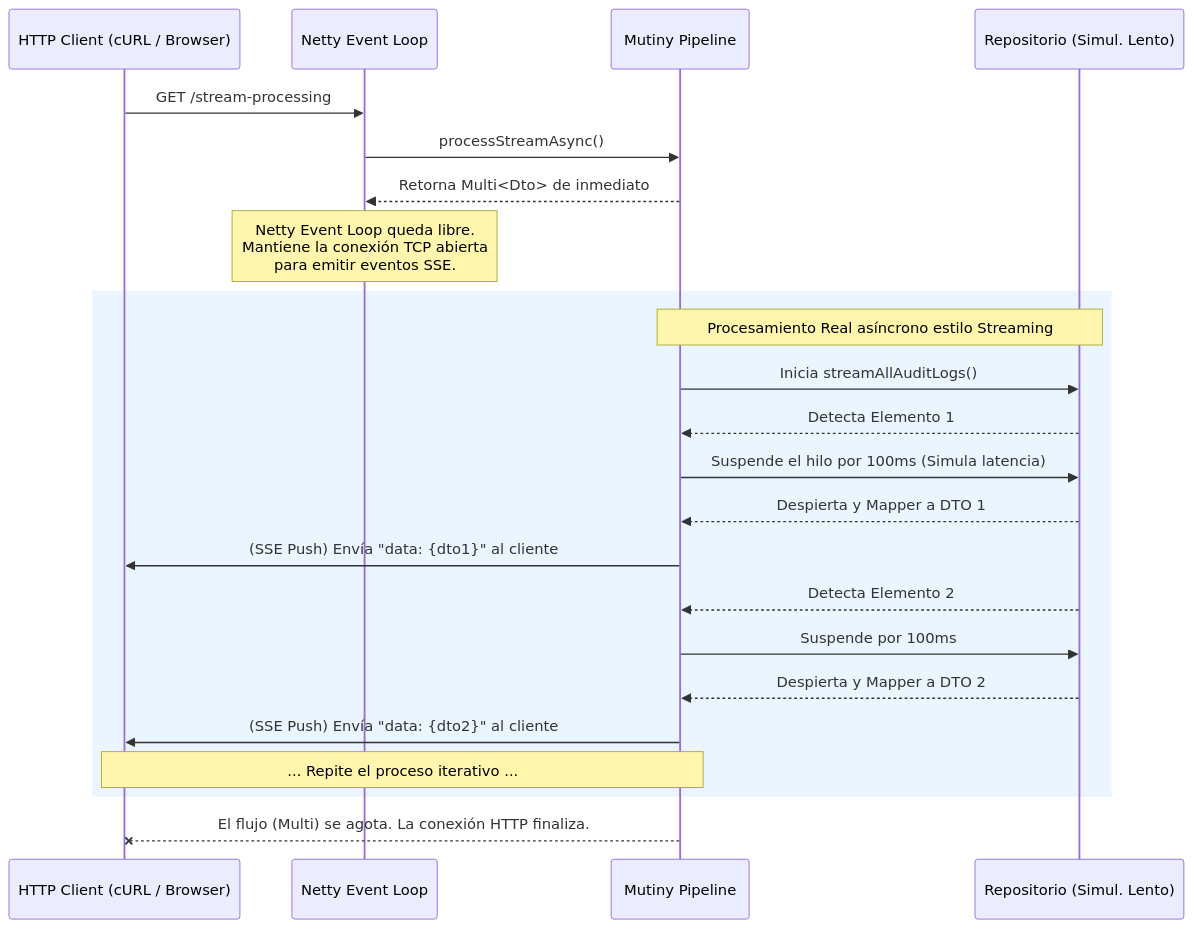
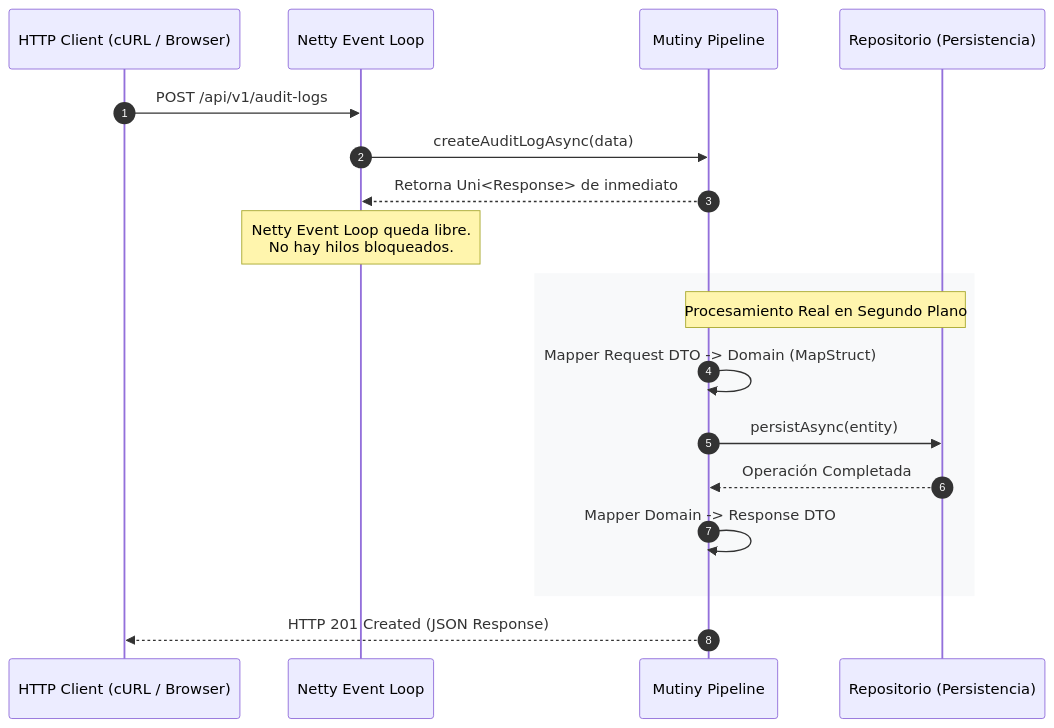
The diagram in docs/backend-java-quarkus/03-auditoria/microservicio-auditoria.md (teamdroid-trainer/docs-docusaurus-trainer), drawn with Mermaid before and after one commit. The commit also changed other lines of this file and 35 other files, not shown here.

````diff
--- a/docs/backend-java-quarkus/03-auditoria/microservicio-auditoria.md
+++ b/docs/backend-java-quarkus/03-auditoria/microservicio-auditoria.md
@@ -168,30 +18,23 @@
 ```mermaid
 sequenceDiagram
+    autonumber
     participant C as HTTP Client (cURL / Browser)
     participant EL as Netty Event Loop
     participant M as Mutiny Pipeline
-    participant DB as Repositorio (Simul. Lento)
+    participant DB as Repositorio (Persistencia)
 
-    C->>EL: GET /stream-processing
-    EL->>M: processStreamAsync()
-    M-->>EL: Retorna Multi<Dto> de inmediato
-    Note over EL: Netty Event Loop queda libre.<br/>Mantiene la conexión TCP abierta<br/>para emitir eventos SSE.
+    C->>EL: POST /api/v1/audit-logs
+    EL->>M: createAuditLogAsync(data)
+    M-->>EL: Retorna Uni<Response> de inmediato
+    Note over EL: Netty Event Loop queda libre.<br/>No hay hilos bloqueados.
 
-    rect rgb(235, 245, 255)
-        Note over M, DB: Procesamiento Real asíncrono estilo Streaming
-        M->>DB: Inicia streamAllAuditLogs()
-        DB-->>M: Detecta Elemento 1
-        M->>DB: Suspende el hilo por 100ms (Simula latencia)
-        DB-->>M: Despierta y Mapper a DTO 1
-        M->>C: (SSE Push) Envía "data: {dto1}" al cliente
-
-        DB-->>M: Detecta Elemento 2
-        M->>DB: Suspende por 100ms
-        DB-->>M: Despierta y Mapper a DTO 2
-        M->>C: (SSE Push) Envía "data: {dto2}" al cliente
-
-        Note over M, C: ... Repite el proceso iterativo ...
+    rect rgb(248, 249, 250)
+        Note over M, DB: Procesamiento Real en Segundo Plano
+        M->>M: Mapper Request DTO -> Domain (MapStruct)
+        M->>DB: persistAsync(entity)
+        DB-->>M: Operación Completada
+        M->>M: Mapper Domain -> Response DTO
     end
 
-    M--xC: El flujo (Multi) se agota. La conexión HTTP finaliza.
+    M-->>C: HTTP 201 Created (JSON Response)
 ```
````
